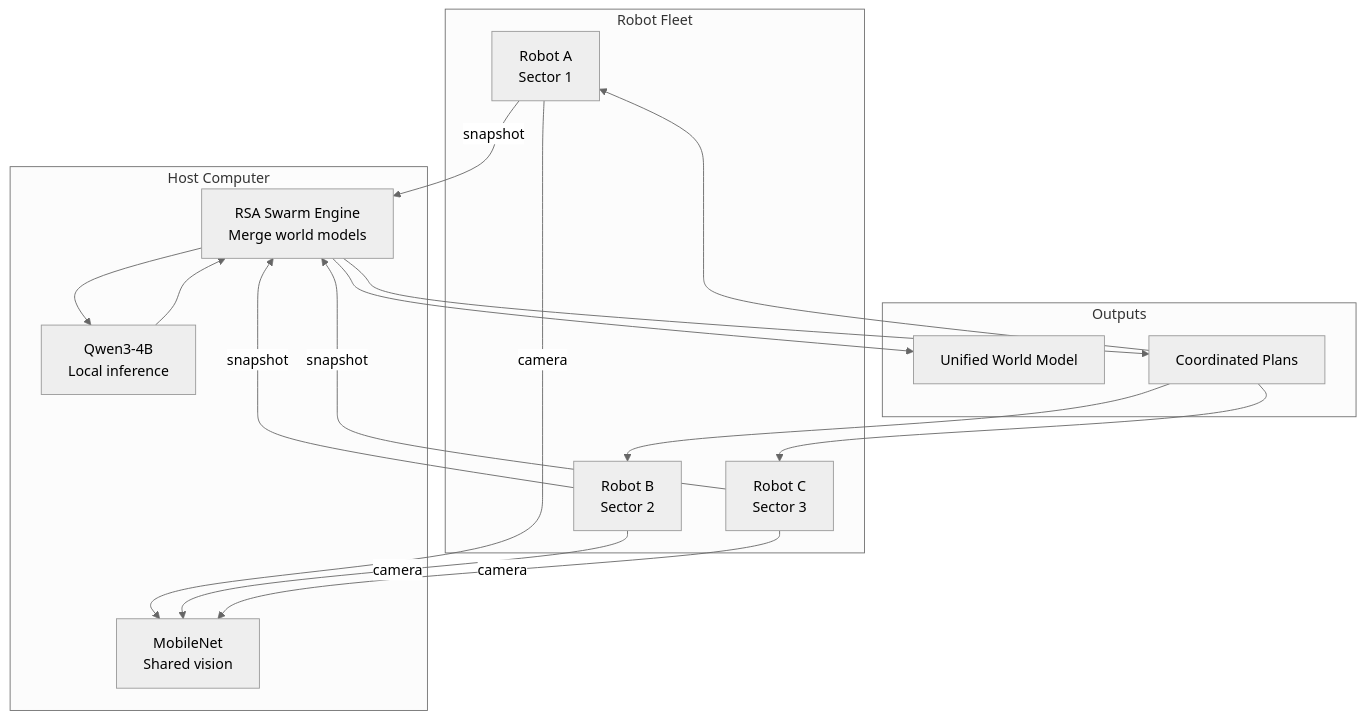
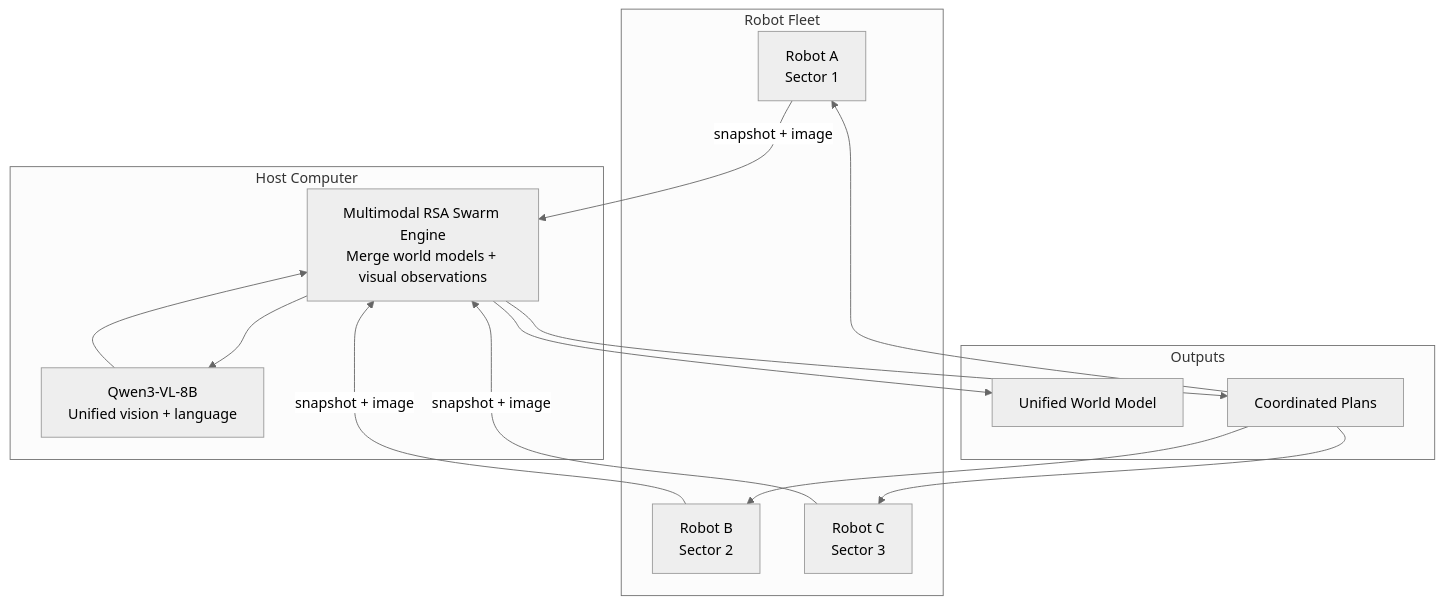
One commit to EvolvingAgentsLabs/llmos changed the second of 2 diagrams in ROADMAP.md. Above: the diagram before and after it, drawn with Mermaid (neutral theme). The commit also changed other lines of this file and 6 other files, not shown here.

First line of the commit message:
feat: Add multimodal RSA, remove fallback options, focus on Qwen3-VL-8B

````diff
--- a/ROADMAP.md
+++ b/ROADMAP.md
@@ -132,34 +137,30 @@
 ```mermaid
 graph TB
     subgraph "Robot Fleet"
         R1[Robot A<br/>Sector 1]
         R2[Robot B<br/>Sector 2]
         R3[Robot C<br/>Sector 3]
     end
 
     subgraph "Host Computer"
-        RSA[RSA Swarm Engine<br/>Merge world models]
-        Q[Qwen3-4B<br/>Local inference]
-        MN[MobileNet<br/>Shared vision]
+        RSA[Multimodal RSA Swarm Engine<br/>Merge world models + visual observations]
+        Q[Qwen3-VL-8B<br/>Unified vision + language]
     end
 
     subgraph "Outputs"
         UWM[Unified World Model]
         PLAN[Coordinated Plans]
     end
 
-    R1 --> |snapshot| RSA
-    R2 --> |snapshot| RSA
-    R3 --> |snapshot| RSA
+    R1 --> |snapshot + image| RSA
+    R2 --> |snapshot + image| RSA
+    R3 --> |snapshot + image| RSA
     RSA --> Q
     Q --> RSA
-    R1 --> |camera| MN
-    R2 --> |camera| MN
-    R3 --> |camera| MN
 
     RSA --> UWM
     RSA --> PLAN
     PLAN --> R1
     PLAN --> R2
     PLAN --> R3
 ```
````
